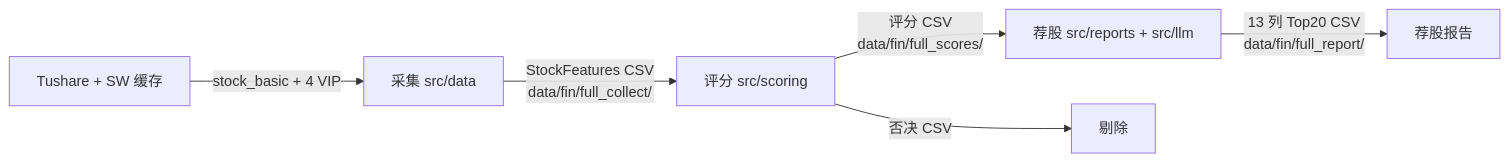
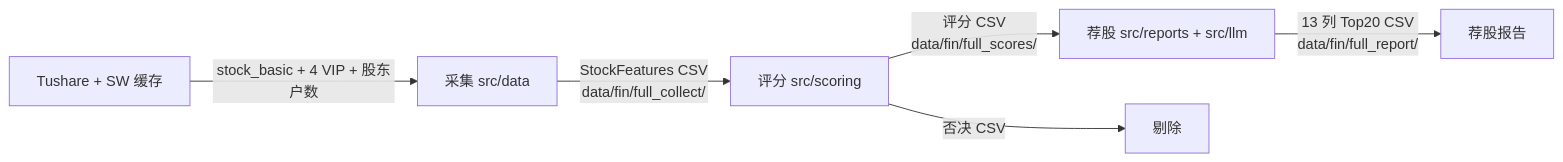
One commit to Jerrybao99/alpha-yoki changed the diagram in README.md. Above: the diagram before and after it, drawn with Mermaid. The commit also changed other lines of this file and 58 other files, not shown here.

````diff
--- a/README.md
+++ b/README.md
@@ -97,8 +153,8 @@
 ```mermaid
 flowchart LR
-  A[Tushare + SW 缓存] -->|stock_basic + 4 VIP| B[采集 src/data]
+  A[Tushare + SW 缓存] -->|stock_basic + 4 VIP + 股东户数| B[采集 src/data]
   B -->|StockFeatures CSV<br/>data/fin/full_collect/| C[评分 src/scoring]
   C -->|评分 CSV<br/>data/fin/full_scores/| D[荐股 src/reports + src/llm]
   C -->|否决 CSV| X[剔除]
   D -->|13 列 Top20 CSV<br/>data/fin/full_report/| E[荐股报告]
 ```
````
